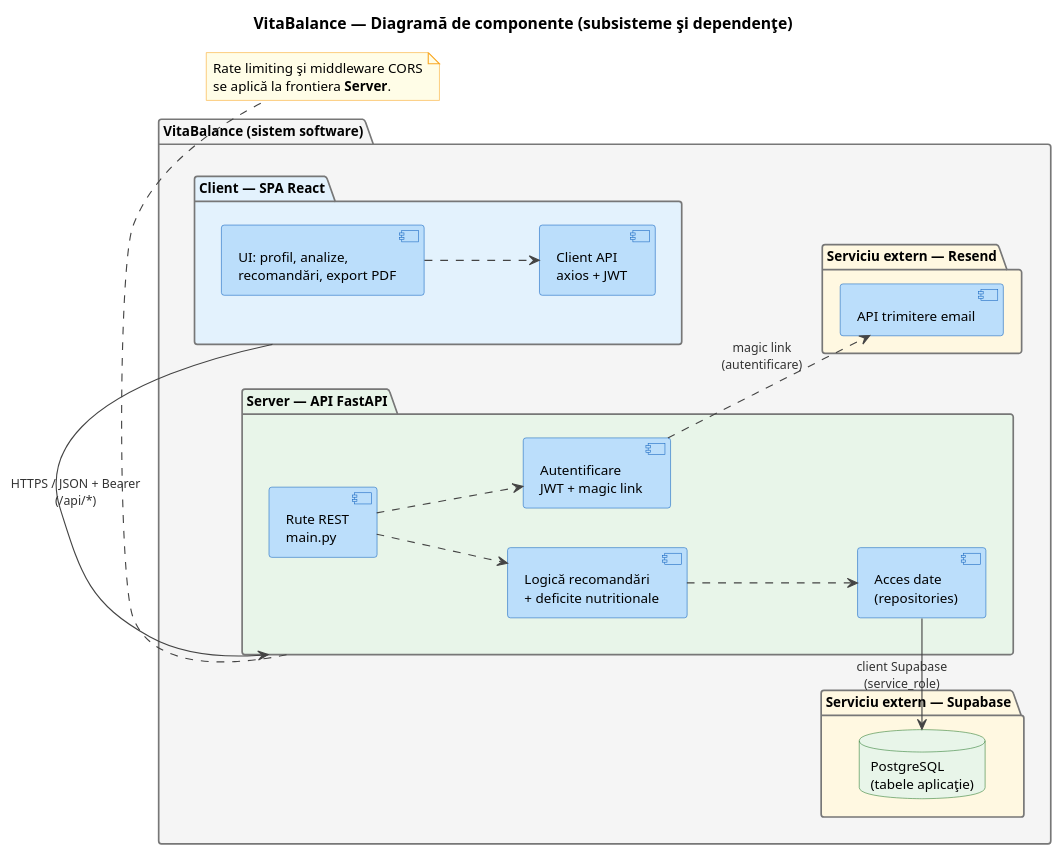
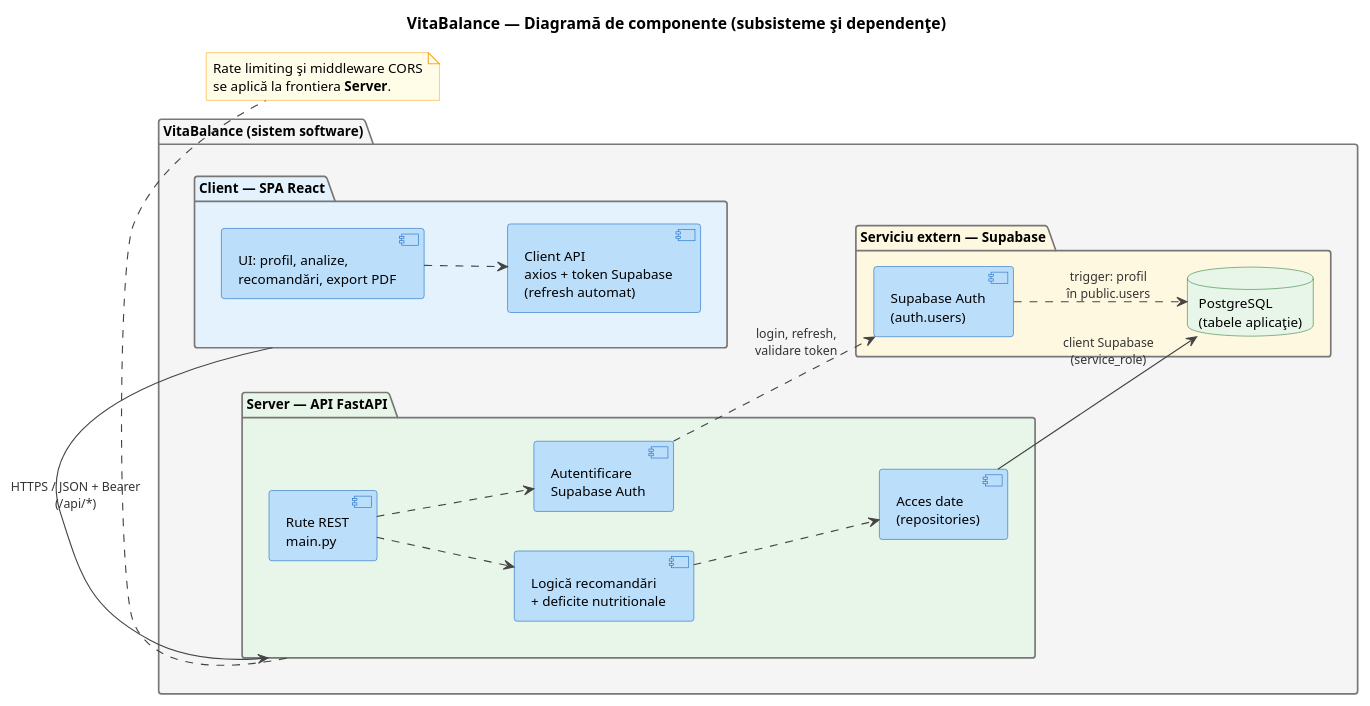
One commit to CalinGraphics/VitaBalance changed the diagram in docs/diagrams/uml-component-diagram.puml. Above: the diagram before and after it, drawn with PlantUML. The commit also changed 25 other files, not shown here.

First line of the commit message:
Move login to Supabase Auth and drop the self-signed JWT

```diff
--- a/docs/diagrams/uml-component-diagram.puml
+++ b/docs/diagrams/uml-component-diagram.puml
@@ -1,60 +1,58 @@
 @startuml VitaBalance_Component_Diagram
 title VitaBalance — Diagramă de componente (subsisteme şi dependenţe)
 
 skinparam shadowing false
 skinparam backgroundColor #FFFFFF
 skinparam defaultFontName "Segoe UI"
 skinparam defaultFontSize 12
 skinparam componentStyle uml2
 skinparam componentBorderColor #1565C0
 skinparam componentBackgroundColor #BBDEFB
 skinparam componentFontSize 12
 skinparam packageBorderColor #777777
 skinparam packageBackgroundColor #F9F9F9
 skinparam ArrowColor #444444
 skinparam ArrowFontColor #333333
 skinparam ArrowFontSize 11
 skinparam noteBackgroundColor #FFFDE7
 skinparam noteBorderColor #F9A825
 skinparam databaseBackgroundColor #E8F5E9
 skinparam databaseBorderColor #2E7D32
 
 left to right direction
 
 package "VitaBalance (sistem software)" #F5F5F5 {
 
   package "Client — SPA React" as SPA #E3F2FD {
     [UI: profil, analize,\nrecomandări, export PDF] as UI
-    [Client API\naxios + JWT] as CLAPI
+    [Client API\naxios + token Supabase\n(refresh automat)] as CLAPI
     UI ..> CLAPI
   }
 
   package "Server — API FastAPI" as SRV #E8F5E9 {
     [Rute REST\nmain.py] as RT
-    [Autentificare\nJWT + magic link] as AUTH
+    [Autentificare\nSupabase Auth] as AUTH
     [Logică recomandări\n+ deficite nutritionale] as CORE
     [Acces date\n(repositories)] as DAL
     RT ..> AUTH
     RT ..> CORE
     CORE ..> DAL
   }
 
   package "Serviciu extern — Supabase" as EXTDB #FFF8E1 {
     database "PostgreSQL\n(tabele aplicaţie)" as PG
-  }
-
-  package "Serviciu extern — Resend" as EXTMAIL #FFF8E1 {
-    [API trimitere email] as MAIL
+    [Supabase Auth\n(auth.users)] as GOTRUE
   }
 }
 
 SPA -right-> SRV : "HTTPS / JSON + Bearer\n(/api/*)"
 DAL -right-> PG  : "client Supabase\n(service_role)"
-AUTH ..> MAIL    : "magic link\n(autentificare)"
+AUTH ..> GOTRUE  : "login, refresh,\nvalidare token"
+GOTRUE ..> PG    : "trigger: profil\nîn public.users"
 
 note bottom of SRV
   Rate limiting şi middleware CORS
   se aplică la frontiera **Server**.
 end note
 
 @enduml
```
